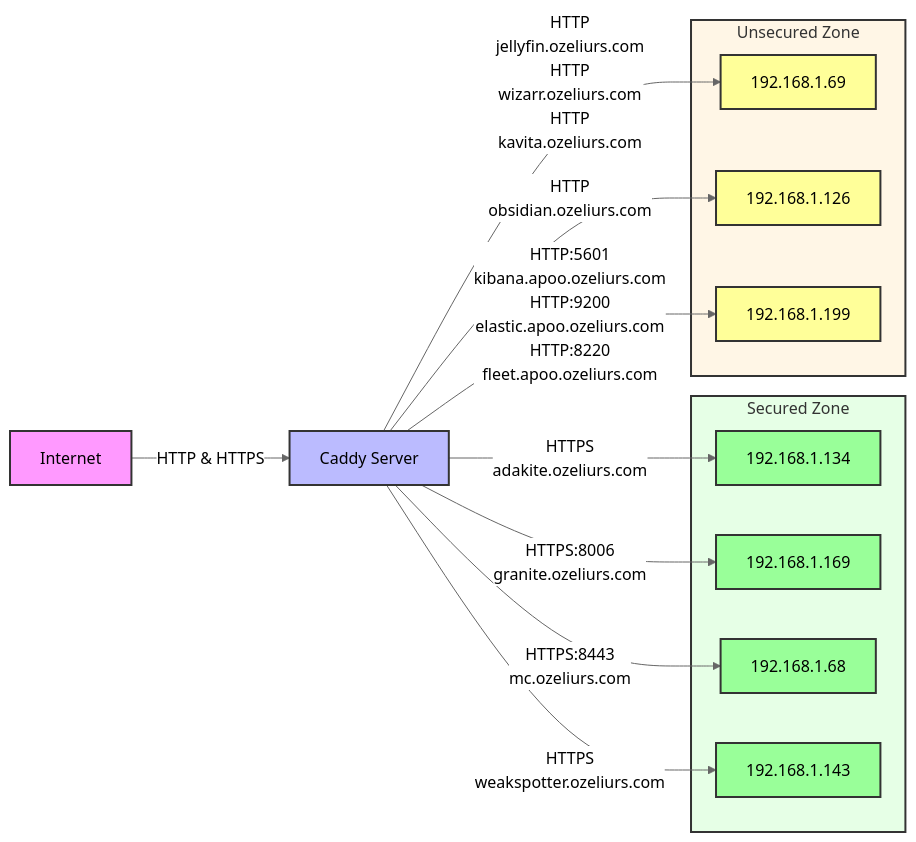
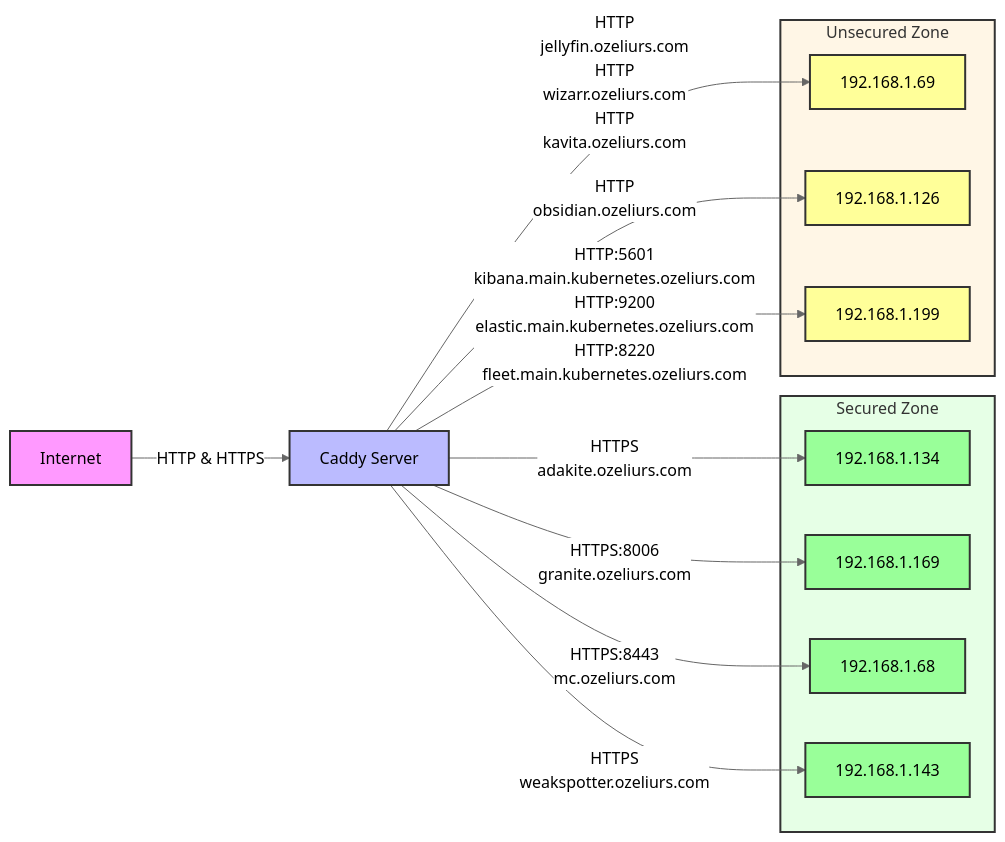
The diagram in README.md (ozeliurs/dc-reverse-proxy-config), drawn with Mermaid (neutral theme) before and after one commit. The commit also changed 1 other file, not shown here.

Commit message:
Generate and update Caddyfile, Mermaid diagram, and Dockerfile

````diff
--- a/README.md
+++ b/README.md
@@ -34,51 +34,51 @@
 ```mermaid
 graph LR
     %% Style definitions
     classDef internet fill:#f9f,stroke:#333,stroke-width:2px;
     classDef proxy fill:#bbf,stroke:#333,stroke-width:2px;
     classDef backend fill:#bfb,stroke:#333,stroke-width:2px;
     classDef secure fill:#9f9,stroke:#333,stroke-width:2px;
     classDef unsecure fill:#ff9,stroke:#333,stroke-width:2px;
 
     %% Nodes
     I[Internet]
     C[Caddy Server]
 
     %% Apply styles
     class I internet
     class C proxy
 
     %% Base connections
     I -->|HTTP & HTTPS| C
 
     %% Backend groups
     subgraph Secured[Secured Zone]
         style Secured fill:#e6ffe6,stroke:#333,stroke-width:2px
         S0[192.168.1.134]
         class S0 secure
         S1[192.168.1.169]
         class S1 secure
         S2[192.168.1.68]
         class S2 secure
         S3[192.168.1.143]
         class S3 secure
     end
 
     subgraph Unsecured[Unsecured Zone]
         style Unsecured fill:#fff6e6,stroke:#333,stroke-width:2px
         U0[192.168.1.69]
         class U0 unsecure
         U1[192.168.1.126]
         class U1 unsecure
         U2[192.168.1.199]
         class U2 unsecure
     end
 
     C -->|HTTPS<br>adakite.ozeliurs.com| S0
     C -->|HTTP<br>jellyfin.ozeliurs.com<br>HTTP<br>wizarr.ozeliurs.com<br>HTTP<br>kavita.ozeliurs.com| U0
     C -->|HTTPS:8006<br>granite.ozeliurs.com| S1
     C -->|HTTPS:8443<br>mc.ozeliurs.com| S2
     C -->|HTTP<br>obsidian.ozeliurs.com| U1
     C -->|HTTPS<br>weakspotter.ozeliurs.com| S3
-    C -->|HTTP:5601<br>kibana.apoo.ozeliurs.com<br>HTTP:9200<br>elastic.apoo.ozeliurs.com<br>HTTP:8220<br>fleet.apoo.ozeliurs.com| U2
+    C -->|HTTP:5601<br>kibana.main.kubernetes.ozeliurs.com<br>HTTP:9200<br>elastic.main.kubernetes.ozeliurs.com<br>HTTP:8220<br>fleet.main.kubernetes.ozeliurs.com| U2
 ```
````
